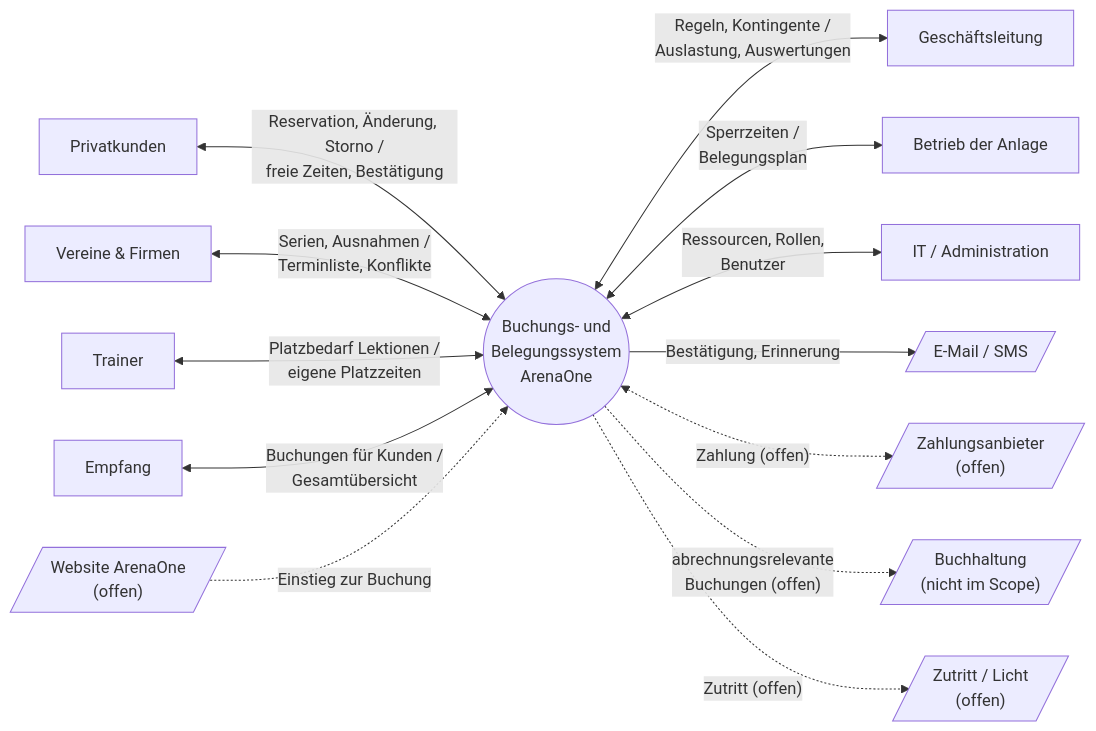
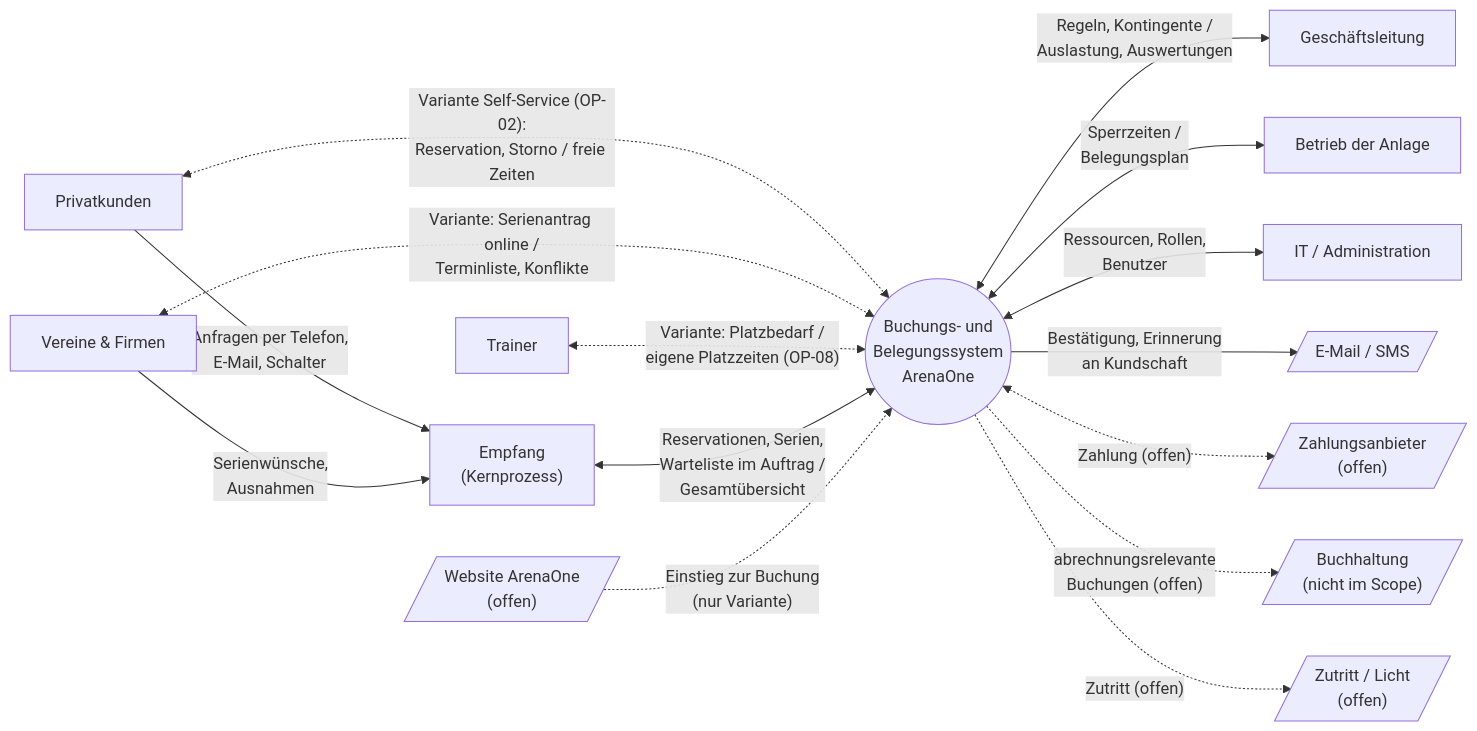
One commit to gotazlib/abgaben changed the diagram in requirements-engineering/re-arenaone/modelle/kontextdiagramm.mmd. Above: the diagram before and after it, drawn with Mermaid. The commit also changed 44 other files, not shown here.

Commit message:
Requirements Engineering: ArenaOne Spezifikation v0.7 (Kernprozess ohne Self-Service), Leitfaden mit Muss-Fragen, Bestätigungsliste

```diff
--- a/requirements-engineering/re-arenaone/modelle/kontextdiagramm.mmd
+++ b/requirements-engineering/re-arenaone/modelle/kontextdiagramm.mmd
@@ -1,13 +1,15 @@
 flowchart LR
-  PK["Privatkunden"] <-- "Reservation, Änderung, Storno /<br/>freie Zeiten, Bestätigung" --> S(("Buchungs- und<br/>Belegungssystem<br/>ArenaOne"))
-  VF["Vereine & Firmen"] <-- "Serien, Ausnahmen /<br/>Terminliste, Konflikte" --> S
-  TR["Trainer"] <-- "Platzbedarf Lektionen /<br/>eigene Platzzeiten" --> S
-  EM["Empfang"] <-- "Buchungen für Kunden /<br/>Gesamtübersicht" --> S
-  WS[/"Website ArenaOne<br/>(offen)"/] -. "Einstieg zur Buchung" .-> S
+  PK["Privatkunden"] -- "Anfragen per Telefon,<br/>E-Mail, Schalter" --> EM
+  PK <-. "Variante Self-Service (OP-02):<br/>Reservation, Storno / freie Zeiten" .-> S(("Buchungs- und<br/>Belegungssystem<br/>ArenaOne"))
+  VF["Vereine & Firmen"] -- "Serienwünsche,<br/>Ausnahmen" --> EM
+  VF <-. "Variante: Serienantrag online /<br/>Terminliste, Konflikte" .-> S
+  TR["Trainer"] <-. "Variante: Platzbedarf /<br/>eigene Platzzeiten (OP-08)" .-> S
+  EM["Empfang<br/>(Kernprozess)"] <-- "Reservationen, Serien,<br/>Warteliste im Auftrag /<br/>Gesamtübersicht" --> S
+  WS[/"Website ArenaOne<br/>(offen)"/] -. "Einstieg zur Buchung<br/>(nur Variante)" .-> S
   S <-- "Regeln, Kontingente /<br/>Auslastung, Auswertungen" --> GL["Geschäftsleitung"]
   S <-- "Sperrzeiten /<br/>Belegungsplan" --> BA["Betrieb der Anlage"]
   S <-- "Ressourcen, Rollen,<br/>Benutzer" --> IT["IT / Administration"]
-  S -- "Bestätigung, Erinnerung" --> NV[/"E-Mail / SMS"/]
+  S -- "Bestätigung, Erinnerung<br/>an Kundschaft" --> NV[/"E-Mail / SMS"/]
   S <-. "Zahlung (offen)" .-> ZA[/"Zahlungsanbieter<br/>(offen)"/]
   S -. "abrechnungsrelevante<br/>Buchungen (offen)" .-> BH[/"Buchhaltung<br/>(nicht im Scope)"/]
   S -. "Zutritt (offen)" .-> ZU[/"Zutritt / Licht<br/>(offen)"/]
```
